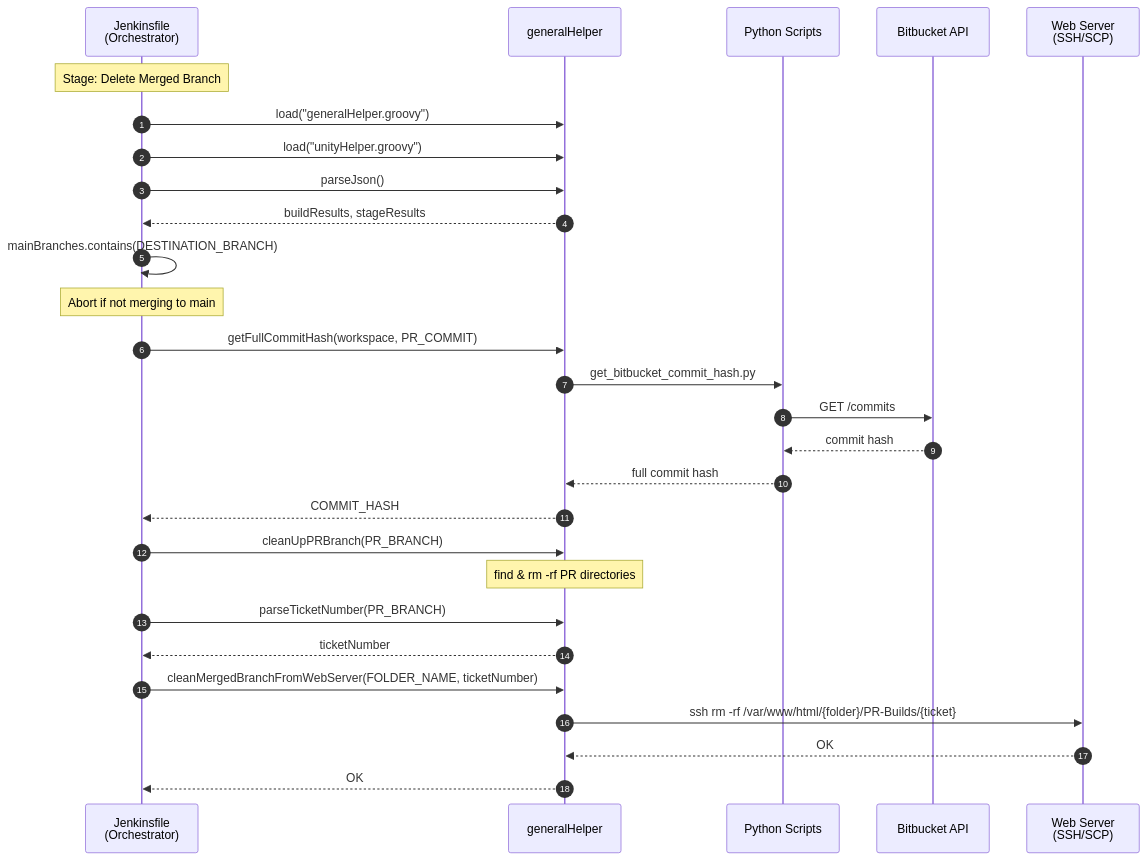
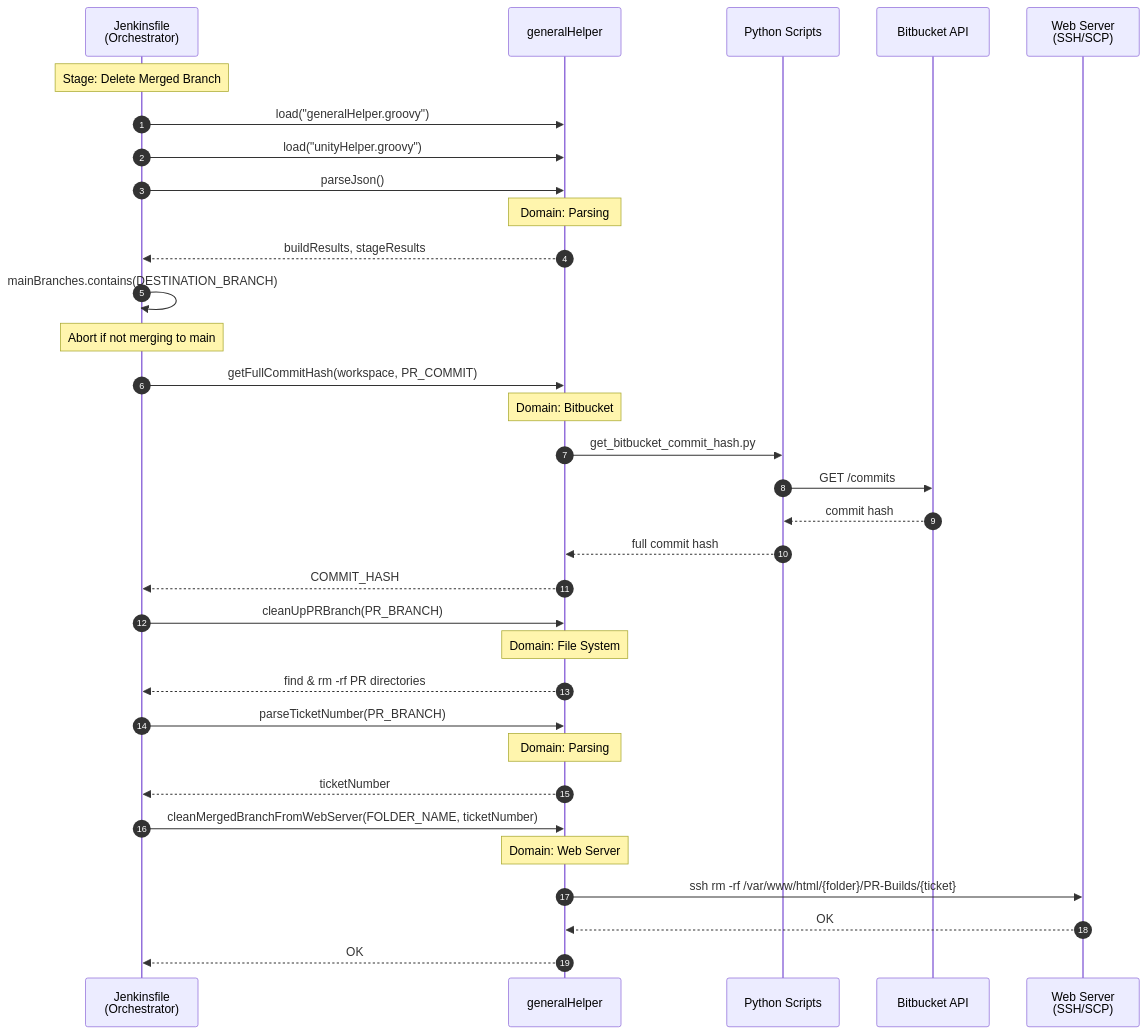
The second of 9 diagrams in Voyages/Projects/VARLab-work-transfer/portfolios/devops-jenkins-linux/4-layer-architecture-and-logger-system-integration/problem-analysis/pipeline-sequence-diagrams/dlx-cd.md (JindoKimKor/Self-Binnacle), drawn with Mermaid before and after one commit. The commit also changed other lines of this file and 55 other files, not shown here.

First line of the commit message:
refactor(4-layer-architecture): Standardize analysis document naming and format

````diff
--- a/Voyages/Projects/VARLab-work-transfer/portfolios/devops-jenkins-linux/4-layer-architecture-and-logger-system-integration/problem-analysis/pipeline-sequence-diagrams/dlx-cd.md
+++ b/Voyages/Projects/VARLab-work-transfer/portfolios/devops-jenkins-linux/4-layer-architecture-and-logger-system-integration/problem-analysis/pipeline-sequence-diagrams/dlx-cd.md
@@ -57,39 +81,44 @@
 ```mermaid
 sequenceDiagram
     autonumber
 
     participant JF as Jenkinsfile<br/>(Orchestrator)
     participant GH as generalHelper
     participant Python as Python Scripts
     participant BB as Bitbucket API
     participant WS as Web Server<br/>(SSH/SCP)
 
     Note over JF: Stage: Delete Merged Branch
 
     JF->>GH: load("generalHelper.groovy")
     JF->>GH: load("unityHelper.groovy")
 
     JF->>GH: parseJson()
+    Note over GH: Domain: Parsing
     GH-->>JF: buildResults, stageResults
 
     JF->>JF: mainBranches.contains(DESTINATION_BRANCH)
     Note over JF: Abort if not merging to main
 
     JF->>GH: getFullCommitHash(workspace, PR_COMMIT)
+    Note over GH: Domain: Bitbucket
     GH->>Python: get_bitbucket_commit_hash.py
     Python->>BB: GET /commits
     BB-->>Python: commit hash
     Python-->>GH: full commit hash
     GH-->>JF: COMMIT_HASH
 
     JF->>GH: cleanUpPRBranch(PR_BRANCH)
-    Note over GH: find & rm -rf PR directories
+    Note over GH: Domain: File System
+    GH-->>JF: find & rm -rf PR directories
 
     JF->>GH: parseTicketNumber(PR_BRANCH)
+    Note over GH: Domain: Parsing
     GH-->>JF: ticketNumber
 
     JF->>GH: cleanMergedBranchFromWebServer(FOLDER_NAME, ticketNumber)
+    Note over GH: Domain: Web Server
     GH->>WS: ssh rm -rf /var/www/html/{folder}/PR-Builds/{ticket}
     WS-->>GH: OK
     GH-->>JF: OK
 ```
````
